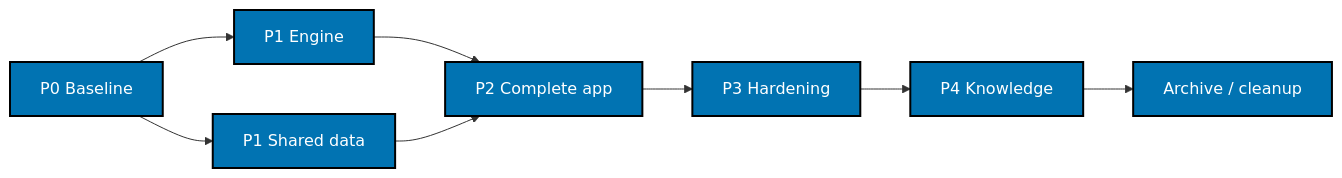
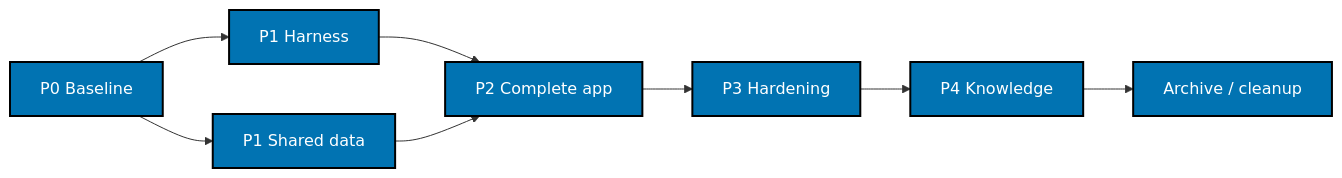
Before and after one commit to wahidyankf/ose-public: the diagram in plans/in-progress/ayokoding-app-web/delivery.md, drawn with Mermaid. The commit also changed other lines of this file and 9 other files, not shown here.

````diff
--- a/plans/in-progress/ayokoding-app-web/delivery.md
+++ b/plans/in-progress/ayokoding-app-web/delivery.md
@@ -51,13 +52,13 @@
 ```mermaid
 flowchart LR
   accTitle: Rewrite delivery DAG
-  accDescr: Baseline permits independent engine and data work; the complete app joins them, then hardening, knowledge capture, and cleanup finish the plan.
-  P0["P0 Baseline"] --> E["P1 Engine"]
+  accDescr: Baseline permits independent harness and data work; the complete app joins them, then hardening, knowledge capture, and cleanup finish the plan.
+  P0["P0 Baseline"] --> E["P1 Harness"]
   P0 --> D["P1 Shared data"]
   E --> A["P2 Complete app"]
   D --> A
   A --> H["P3 Hardening"]
   H --> K["P4 Knowledge"]
   K --> X["Archive / cleanup"]
   classDef default fill:#0173B2,stroke:#000000,color:#FFFFFF,stroke-width:2px
 ```
````
